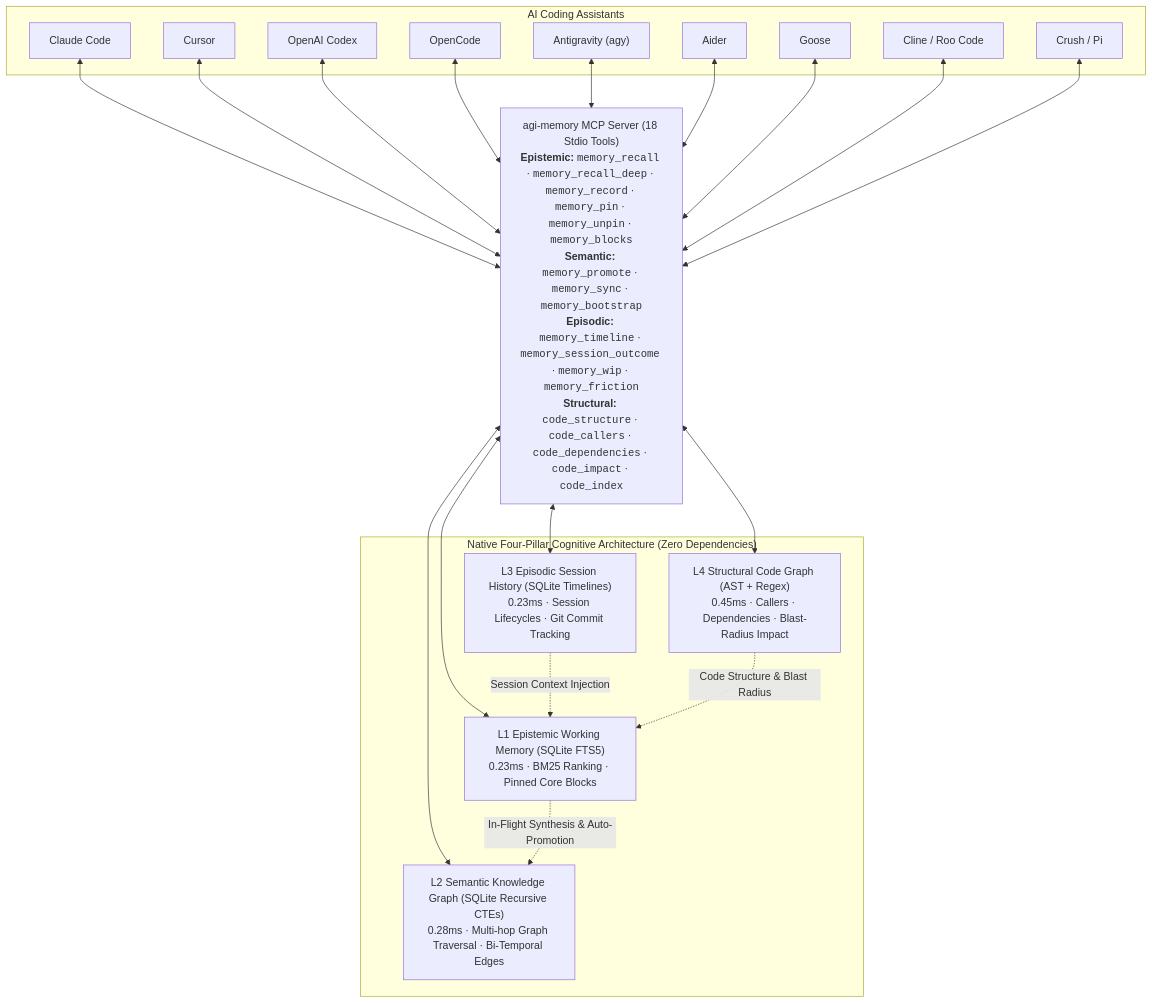
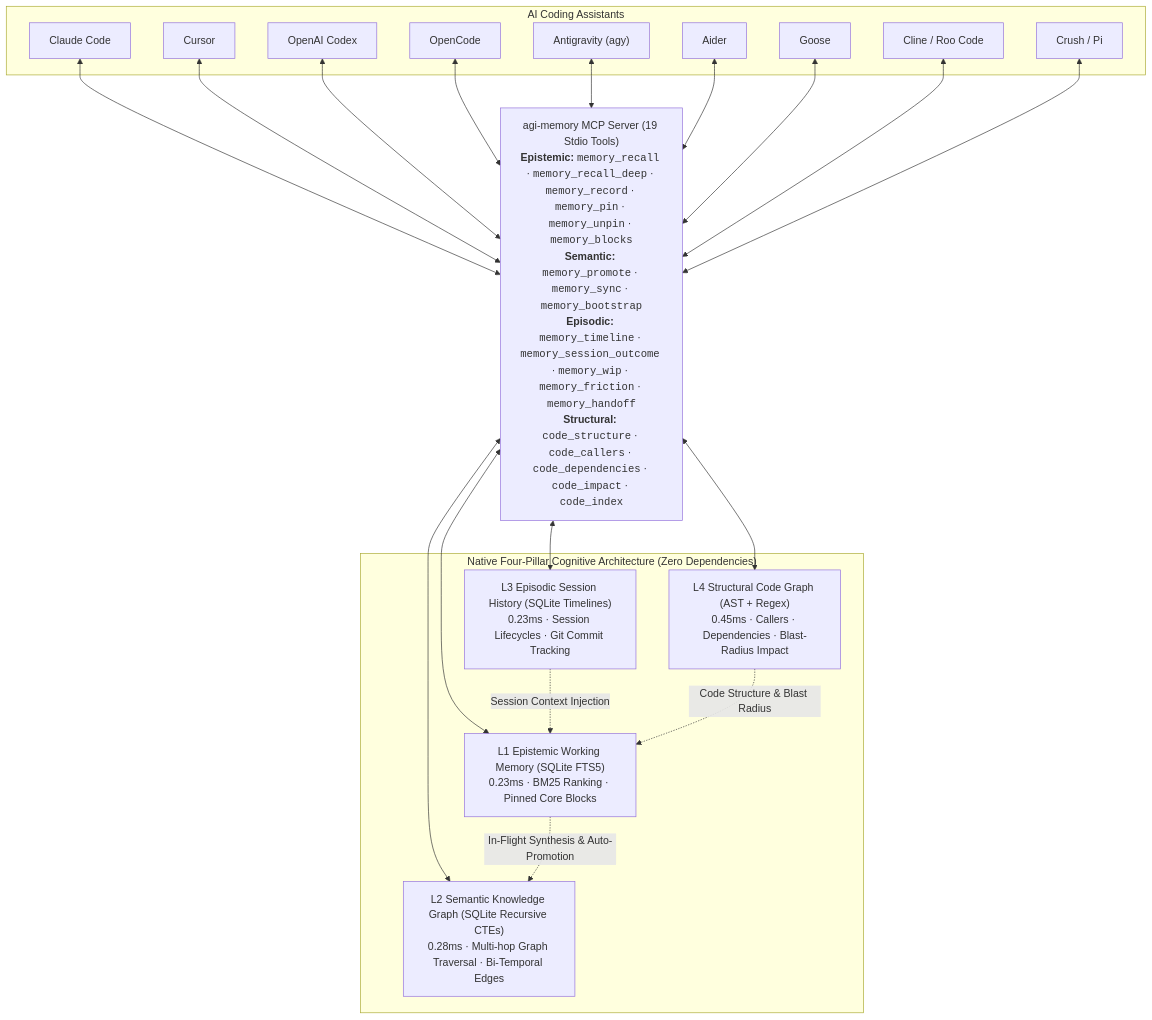
The diagram in docs/architecture.md (kdbhalala/agi-memory), drawn with Mermaid before and after one commit. The commit also changed 13 other files, not shown here.

Commit message:
feat(handoff): add memory_handoff tool, session-start delivery, and /handoff slash command

````diff
--- a/docs/architecture.md
+++ b/docs/architecture.md
@@ -3,32 +3,32 @@
 ```mermaid
 graph TD
     subgraph Assistants ["AI Coding Assistants"]
         CC["Claude Code"]
         CU["Cursor"]
         CX["OpenAI Codex"]
         OC["OpenCode"]
         AG["Antigravity (agy)"]
         AD["Aider"]
         GS["Goose"]
         CL["Cline / Roo Code"]
         CR["Crush / Pi"]
     end
 
-    MCP["agi-memory MCP Server (18 Stdio Tools)<br/><b>Epistemic:</b> <code>memory_recall</code> · <code>memory_recall_deep</code> · <code>memory_record</code> · <code>memory_pin</code> · <code>memory_unpin</code> · <code>memory_blocks</code><br/><b>Semantic:</b> <code>memory_promote</code> · <code>memory_sync</code> · <code>memory_bootstrap</code><br/><b>Episodic:</b> <code>memory_timeline</code> · <code>memory_session_outcome</code> · <code>memory_wip</code> · <code>memory_friction</code><br/><b>Structural:</b> <code>code_structure</code> · <code>code_callers</code> · <code>code_dependencies</code> · <code>code_impact</code> · <code>code_index</code>"]
+    MCP["agi-memory MCP Server (19 Stdio Tools)<br/><b>Epistemic:</b> <code>memory_recall</code> · <code>memory_recall_deep</code> · <code>memory_record</code> · <code>memory_pin</code> · <code>memory_unpin</code> · <code>memory_blocks</code><br/><b>Semantic:</b> <code>memory_promote</code> · <code>memory_sync</code> · <code>memory_bootstrap</code><br/><b>Episodic:</b> <code>memory_timeline</code> · <code>memory_session_outcome</code> · <code>memory_wip</code> · <code>memory_friction</code> · <code>memory_handoff</code><br/><b>Structural:</b> <code>code_structure</code> · <code>code_callers</code> · <code>code_dependencies</code> · <code>code_impact</code> · <code>code_index</code>"]
 
     subgraph Storage ["Native Four-Pillar Cognitive Architecture (Zero Dependencies)"]
         L1["L1 Epistemic Working Memory (SQLite FTS5)<br/>0.23ms · BM25 Ranking · Pinned Core Blocks"]
         L2["L2 Semantic Knowledge Graph (SQLite Recursive CTEs)<br/>0.28ms · Multi-hop Graph Traversal · Bi-Temporal Edges"]
         L3["L3 Episodic Session History (SQLite Timelines)<br/>0.23ms · Session Lifecycles · Git Commit Tracking"]
         L4["L4 Structural Code Graph (AST + Regex)<br/>0.45ms · Callers · Dependencies · Blast-Radius Impact"]
     end
 
     CC & CU & CX & OC & AG & AD & GS & CL & CR <--> MCP
     MCP <--> L1
     MCP <--> L2
     MCP <--> L3
     MCP <--> L4
     L1 -. "In-Flight Synthesis & Auto-Promotion" .-> L2
     L3 -. "Session Context Injection" .-> L1
     L4 -. "Code Structure & Blast Radius" .-> L1
 ```
````
